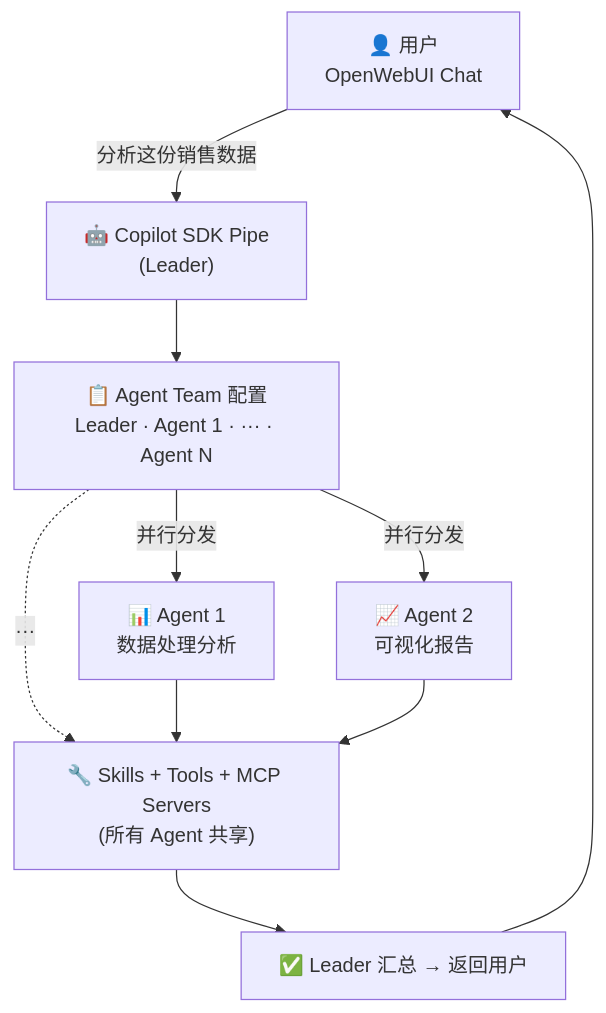
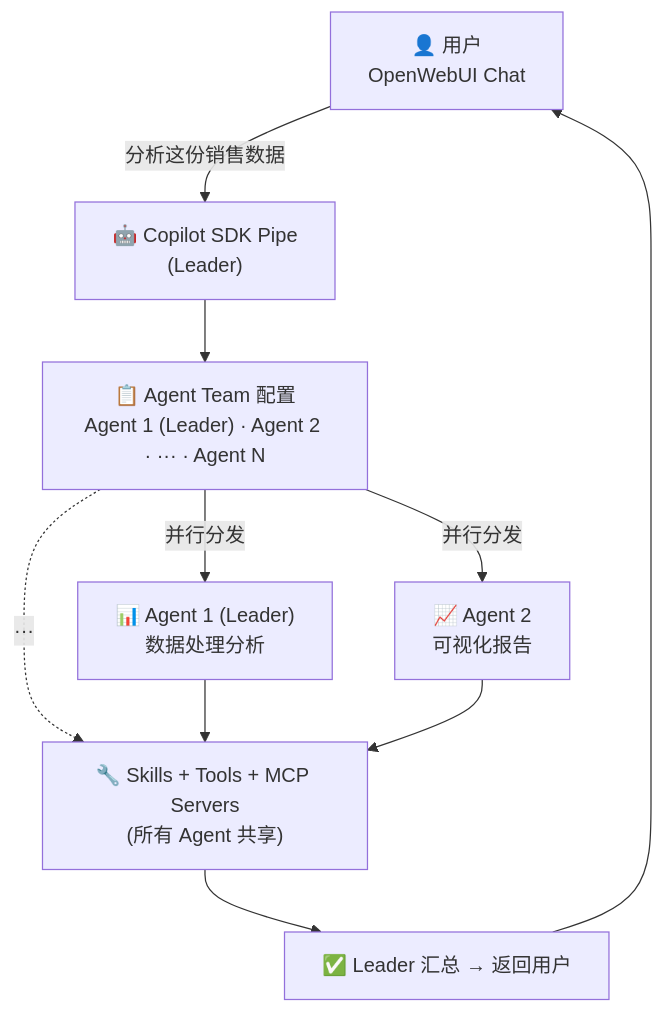
One commit to MarceloMassarente/openwebui-extensions changed the diagram in plugins/pipes/github-copilot-sdk/community_post_CN.md. Above: the diagram before and after it, drawn with Mermaid. The commit also changed 1 other file, not shown here.

Commit message:
docs(github-copilot-sdk): show Agent 1 as leader in Agent Team diagram

````diff
--- a/plugins/pipes/github-copilot-sdk/community_post_CN.md
+++ b/plugins/pipes/github-copilot-sdk/community_post_CN.md
@@ -28,20 +28,20 @@
 ```mermaid
 flowchart TD
     User["👤 用户<br/>OpenWebUI Chat"]
     Pipe["🤖 Copilot SDK Pipe<br/>(Leader)"]
-    Config["📋 Agent Team 配置<br/>Leader · Agent 1 · ··· · Agent N"]
-    A1["📊 Agent 1<br/>数据处理分析"]
+    Config["📋 Agent Team 配置<br/>Agent 1 (Leader) · Agent 2 · ··· · Agent N"]
+    A1["📊 Agent 1 (Leader)<br/>数据处理分析"]
     A2["📈 Agent 2<br/>可视化报告"]
     Tools["🔧 Skills + Tools + MCP Servers<br/>(所有 Agent 共享)"]
     Result["✅ Leader 汇总 → 返回用户"]
 
     User -->|"分析这份销售数据"| Pipe
     Pipe --> Config
     Config -->|"并行分发"| A1
     Config -->|"并行分发"| A2
     Config -.->|"···"| Tools
     A1 --> Tools
     A2 --> Tools
     Tools --> Result
     Result --> User
 ```
````
